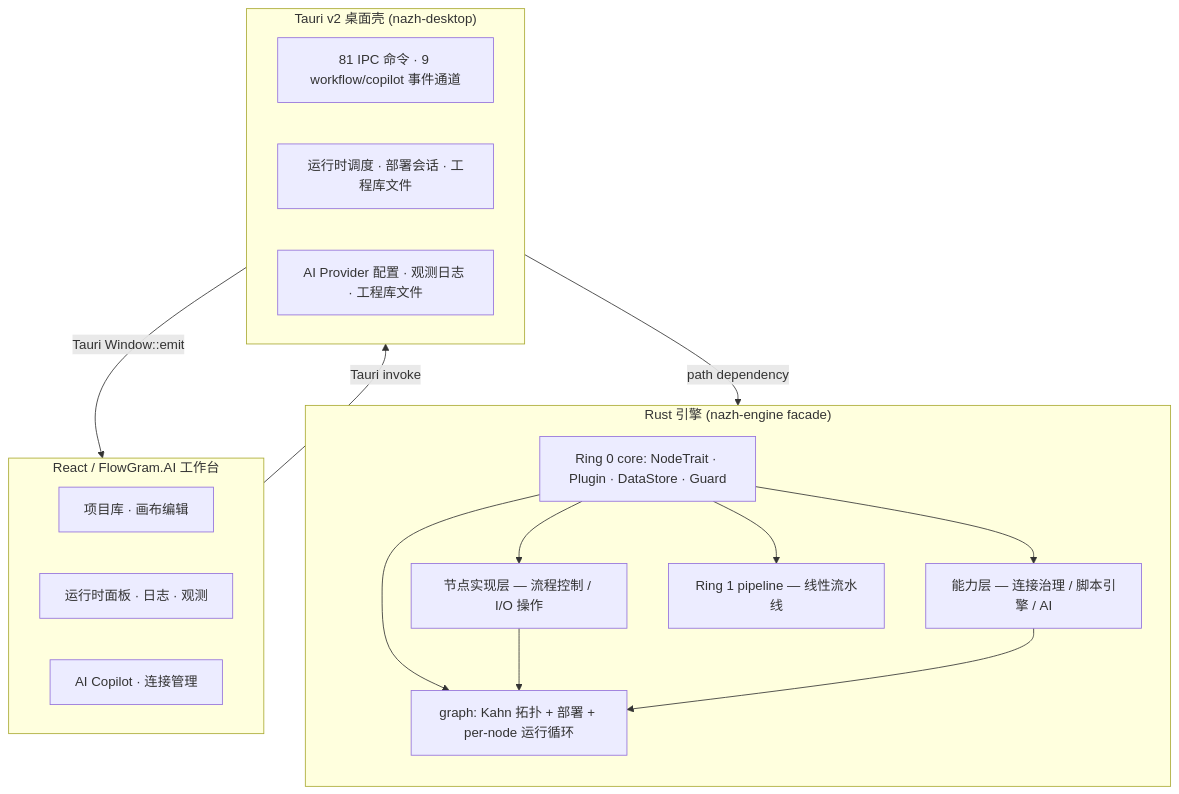
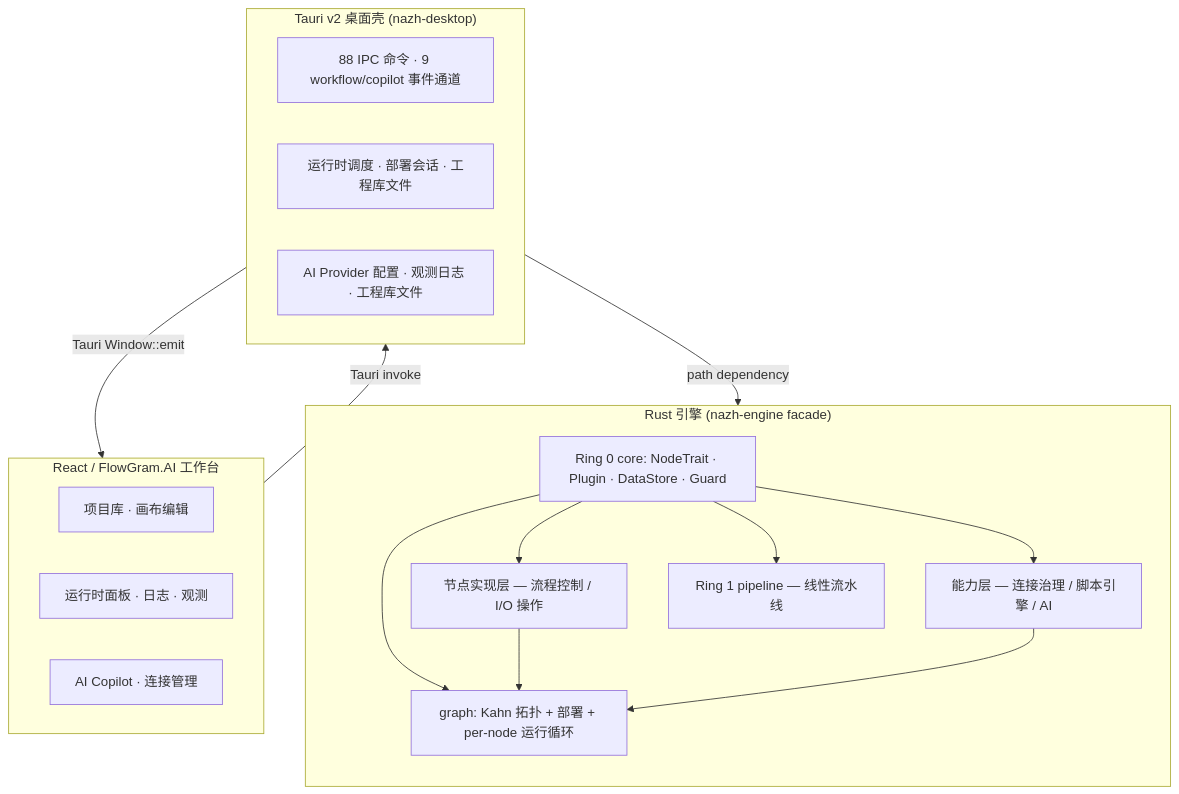
Before and after one commit to ssXue/Nazh: the diagram in README.md, drawn with Mermaid. The commit also changed 39 other files, not shown here.

````diff
--- a/README.md
+++ b/README.md
@@ -84,33 +84,33 @@
 ```mermaid
 flowchart TB
     subgraph Frontend["React / FlowGram.AI 工作台"]
         F1["项目库 · 画布编辑"]
         F2["运行时面板 · 日志 · 观测"]
         F3["AI Copilot · 连接管理"]
     end
 
     subgraph Shell["Tauri v2 桌面壳 (nazh-desktop)"]
-        S1["81 IPC 命令 · 9 workflow/copilot 事件通道"]
+        S1["88 IPC 命令 · 9 workflow/copilot 事件通道"]
         S2["运行时调度 · 部署会话 · 工程库文件"]
         S3["AI Provider 配置 · 观测日志 · 工程库文件"]
     end
 
     subgraph Engine["Rust 引擎 (nazh-engine facade)"]
         direction TB
         C0["Ring 0 core: NodeTrait · Plugin · DataStore · Guard"]
         C1a["节点实现层 — 流程控制 / I/O 操作"]
         C1b["能力层 — 连接治理 / 脚本引擎 / AI"]
         C1c["Ring 1 pipeline — 线性流水线"]
         G["graph: Kahn 拓扑 + 部署 + per-node 运行循环"]
         C0 --> C1a
         C0 --> C1b
         C0 --> C1c
         C0 --> G
         C1a --> G
         C1b --> G
     end
 
     Frontend -- "Tauri invoke" --> Shell
     Shell -- "Tauri Window::emit" --> Frontend
     Shell -- "path dependency" --> Engine
 ```
````
